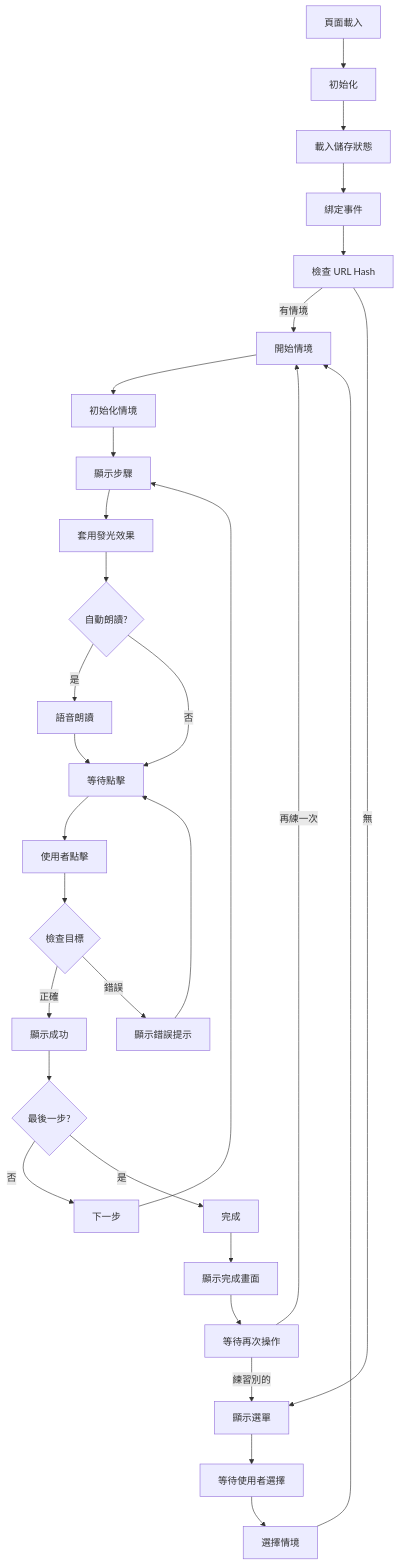
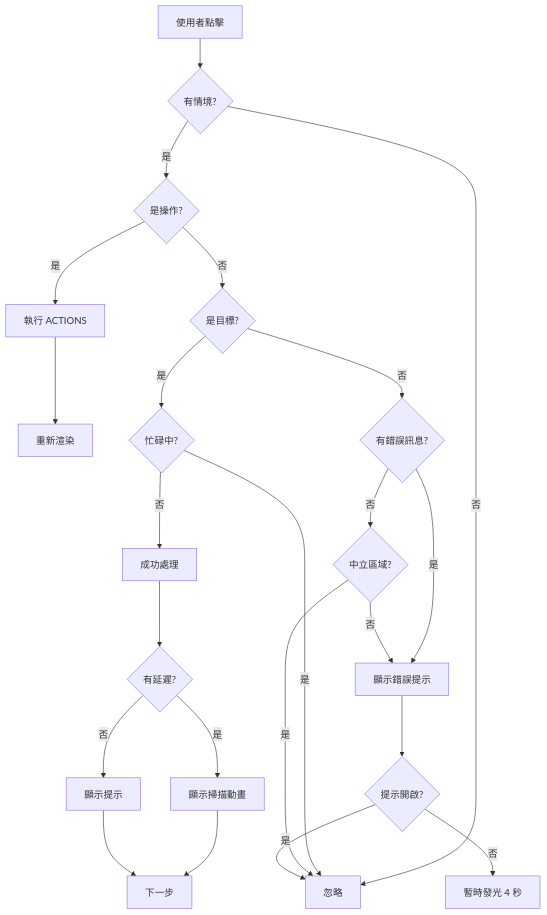
One commit to cuteman0725/phone-practice changed the fifth of 10 diagrams in script.md. Above: the diagram before and after it, drawn with Mermaid. The commit also changed other lines of this file and 8 other files, not shown here.

````diff
--- a/script.md
+++ b/script.md
@@ -103,42 +196,34 @@
 ```mermaid
 flowchart TD
-    Start[頁面載入] --> Init[初始化]
-    Init --> LoadState[載入儲存狀態]
-    LoadState --> BindEvents[綁定事件]
-    BindEvents --> CheckHash[檢查 URL Hash]
+    Click[使用者點擊] --> CheckScenario{有情境?}
+    CheckScenario -->|否| Ignore[忽略]
+    CheckScenario -->|是| CheckAction{是操作?}
     
-    CheckHash -->|有情境| StartScenario[開始情境]
-    CheckHash -->|無| ShowMenu[顯示選單]
+    CheckAction -->|是| Action[執行 ACTIONS]
+    CheckAction -->|否| CheckTarget{是目標?}
     
-    ShowMenu --> WaitUser[等待使用者選擇]
-    WaitUser --> SelectScenario[選擇情境]
-    SelectScenario --> StartScenario
+    Action --> Render[重新渲染]
     
-    StartScenario --> InitScenario[初始化情境]
-    InitScenario --> ShowStep[顯示步驟]
-    ShowStep --> ApplyGlow[套用發光效果]
-    ApplyGlow --> AutoSpeak{自動朗讀?}
+    CheckTarget -->|是| CheckBusy{忙碌中?}
+    CheckTarget -->|否| CheckWrong{有錯誤訊息?}
     
-    AutoSpeak -->|是| Speak[語音朗讀]
-    AutoSpeak -->|否| WaitClick
-    Speak --> WaitClick[等待點擊]
+    CheckBusy -->|是| Ignore
+    CheckBusy -->|否| Success[成功處理]
     
-    WaitClick --> UserClick[使用者點擊]
-    UserClick --> CheckTarget{檢查目標}
+    Success --> CheckDelay{有延遲?}
+    CheckDelay -->|是| ShowScanning[顯示掃描動畫]
+    CheckDelay -->|否| ShowToast[顯示提示]
     
-    CheckTarget -->|正確| Success[顯示成功]
-    CheckTarget -->|錯誤| Wrong[顯示錯誤提示]
+    ShowScanning --> NextStep[下一步]
+    ShowToast --> NextStep
     
-    Wrong --> WaitClick
-    Success --> CheckFinal{最後一步?}
+    CheckWrong -->|是| Wrong[顯示錯誤提示]
+    CheckWrong -->|否| CheckNeutral{中立區域?}
     
-    CheckFinal -->|否| NextStep[下一步]
-    CheckFinal -->|是| Complete[完成]
+    CheckNeutral -->|是| Ignore
+    CheckNeutral -->|否| Wrong
     
-    NextStep --> ShowStep
-    Complete --> ShowDone[顯示完成畫面]
-    ShowDone --> WaitAction[等待再次操作]
-    
-    WaitAction -->|再練一次| StartScenario
-    WaitAction -->|練習別的| ShowMenu
+    Wrong --> ApplyGlow{提示開啟?}
+    ApplyGlow -->|否| TempGlow[暫時發光 4 秒]
+    ApplyGlow -->|是| Ignore
 ```
````
